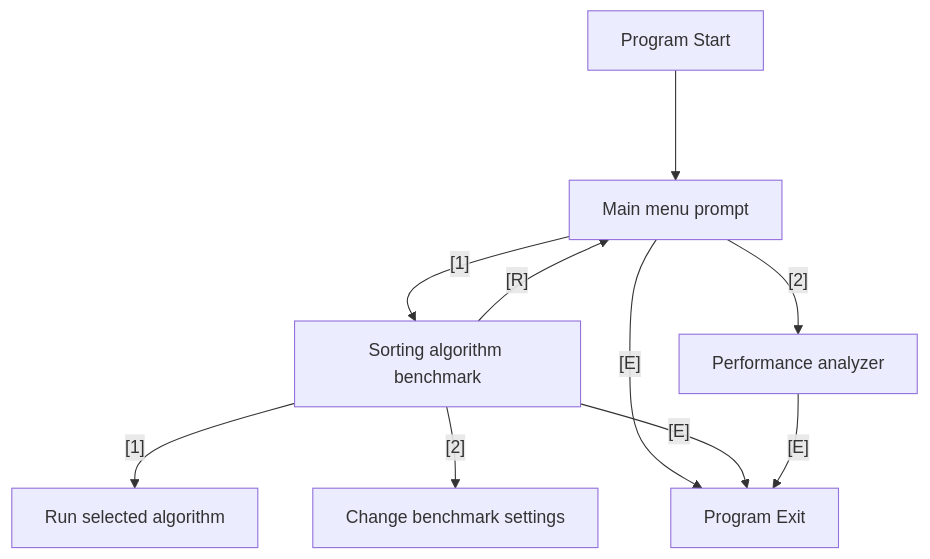
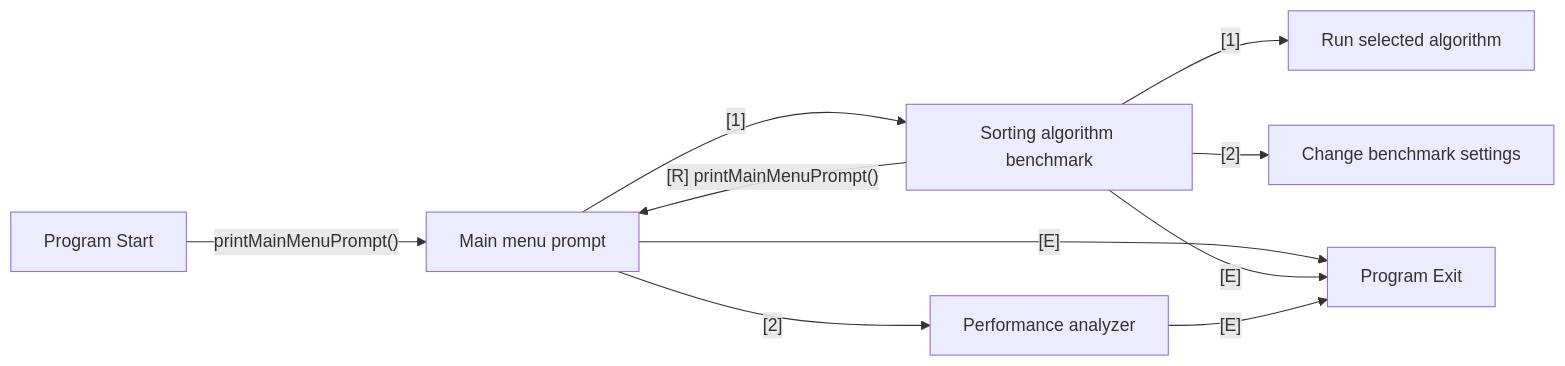
One commit to TeaFive/sortprofiler changed the diagram in README.md. Above: the diagram before and after it, drawn with Mermaid. The commit also changed other lines of this file, not shown here.

Commit message:
Add return-to-top anchors in README and made program flow chart left-to-right

````diff
--- a/README.md
+++ b/README.md
@@ -47,15 +49,15 @@
 ```mermaid
-graph TD;
-  A[Program Start] ---> B[Main menu prompt];
+graph LR;
+  A[Program Start] -- printMainMenuPrompt() --> B[Main menu prompt];
 
   B -- [1] --> C[Sorting algorithm benchmark];
   B -- [2] --> D[Performance analyzer];
   B -- [E] --> E[Program Exit];
 
   C -- [1] --> C1[Run selected algorithm];
   C -- [2] --> C2[Change benchmark settings];
-  C -- [R] --> B;
+  C -- [R] printMainMenuPrompt() --> B;
   C -- [E] --> E;
 
   D -- [E] --> E;
 ```
````
